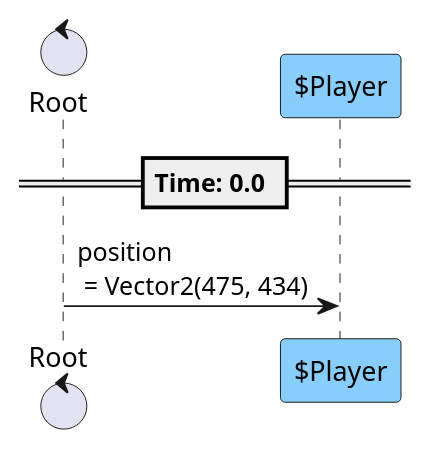
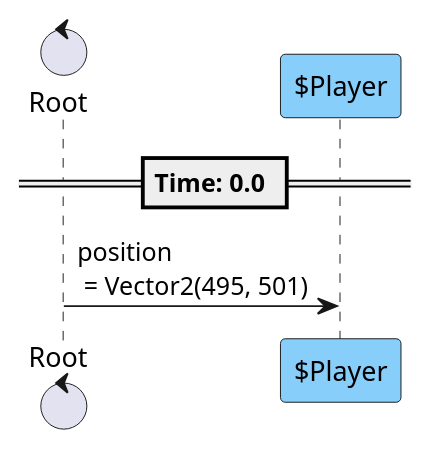
The second of 8 diagrams in content/scenes/src/chapters/0/stages/0/stage_0.tscn.adoc (tkmfujise/Platformer-Game-Learning), drawn with PlantUML before and after one commit. The commit also changed other lines of this file and 241 other files, not shown here.

```diff
--- a/content/scenes/src/chapters/0/stages/0/stage_0.tscn.adoc
+++ b/content/scenes/src/chapters/0/stages/0/stage_0.tscn.adoc
@@ -399,12 +394,12 @@
 [plantuml]
 ....
 control "Root" as R
 participant "$Player" as T0 #87CEFA
 
 
 
 == Time: 0.0 ==
-R  ->  T0 : position\n = Vector2(475, 434)
+R  ->  T0 : position\n = Vector2(495, 501)
 
 
 ....
```
